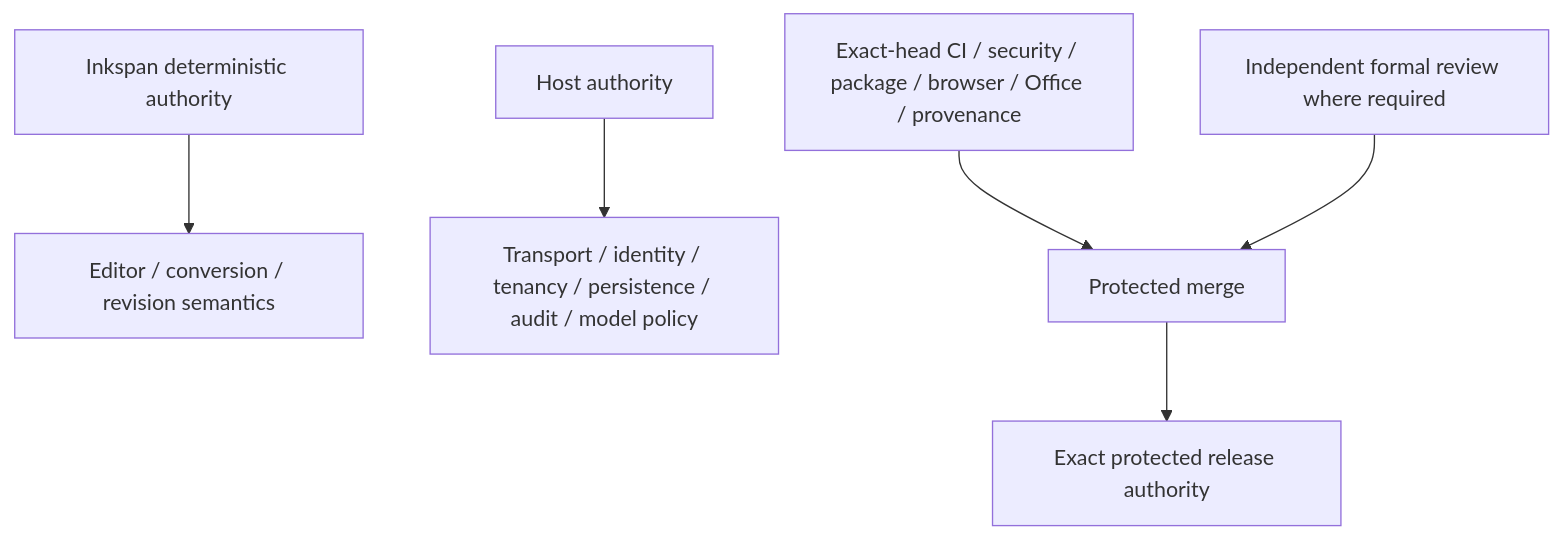
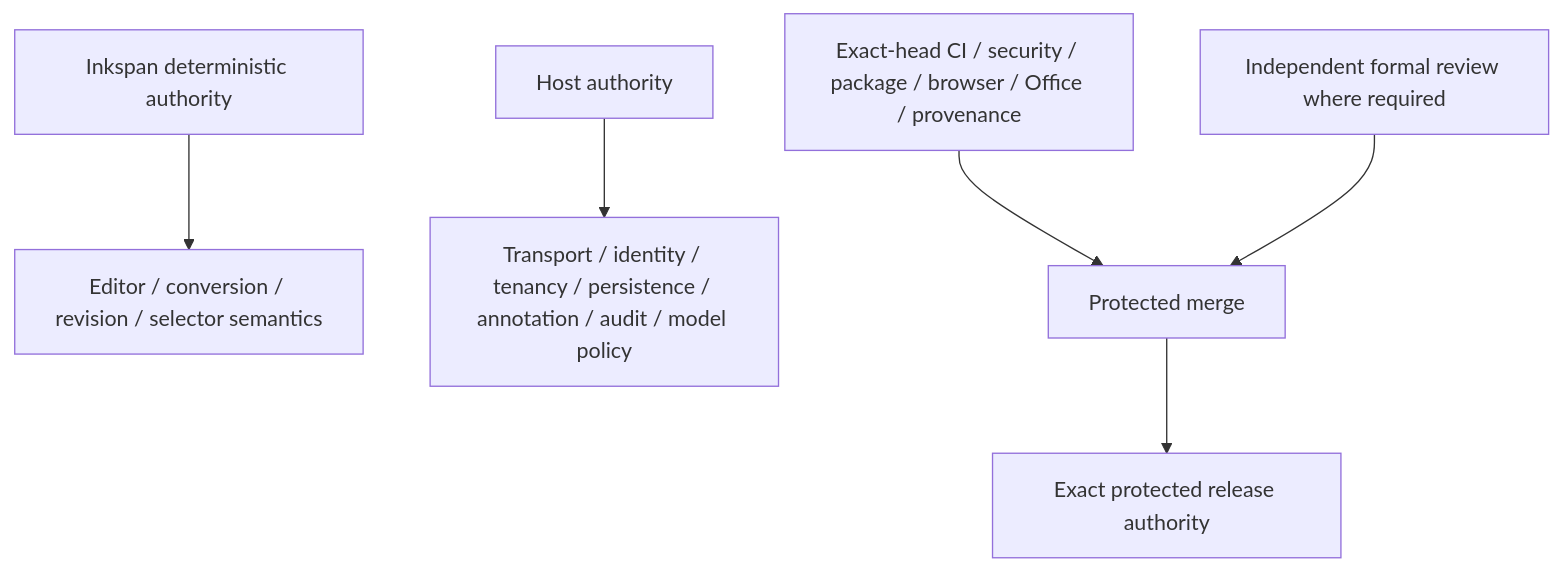
Diagram 18 of 18 in docs/UML.md (ContextualWisdomLab/inkspan), drawn with Mermaid before and after one commit. The commit also changed other lines of this file, not shown here.

Commit message:
docs(uml): diagram protected W3C selector evidence

````diff
--- a/docs/UML.md
+++ b/docs/UML.md
@@ -385,8 +417,8 @@
 ```mermaid
 flowchart TB
-  InkspanAuthority[Inkspan deterministic authority] --> EditorSemantics[Editor / conversion / revision semantics]
-  HostAuthority[Host authority] --> HostServices[Transport / identity / tenancy / persistence / audit / model policy]
+  InkspanAuthority[Inkspan deterministic authority] --> EditorSemantics[Editor / conversion / revision / selector semantics]
+  HostAuthority[Host authority] --> HostServices[Transport / identity / tenancy / persistence / annotation / audit / model policy]
   MachineEvidence[Exact-head CI / security / package / browser / Office / provenance] --> ProtectedMerge[Protected merge]
   IndependentReview[Independent formal review where required] --> ProtectedMerge
   ProtectedMerge --> ReleaseAuthority[Exact protected release authority]
 ```
````
